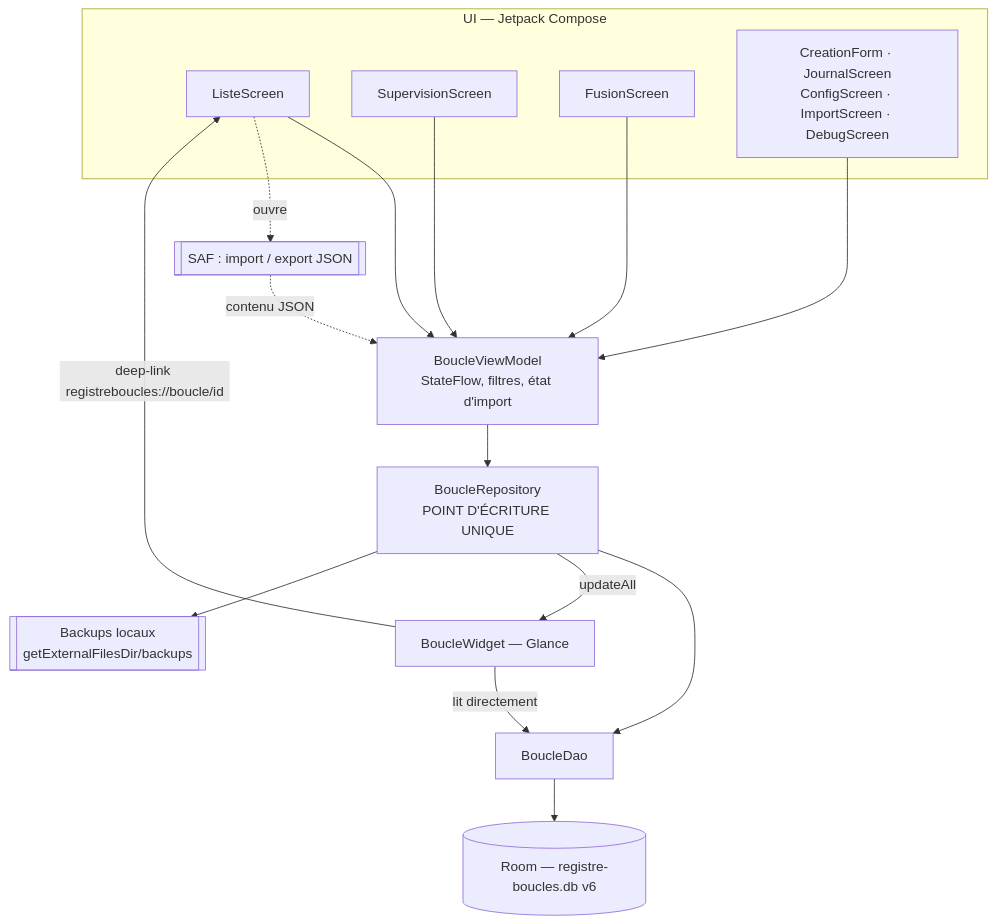
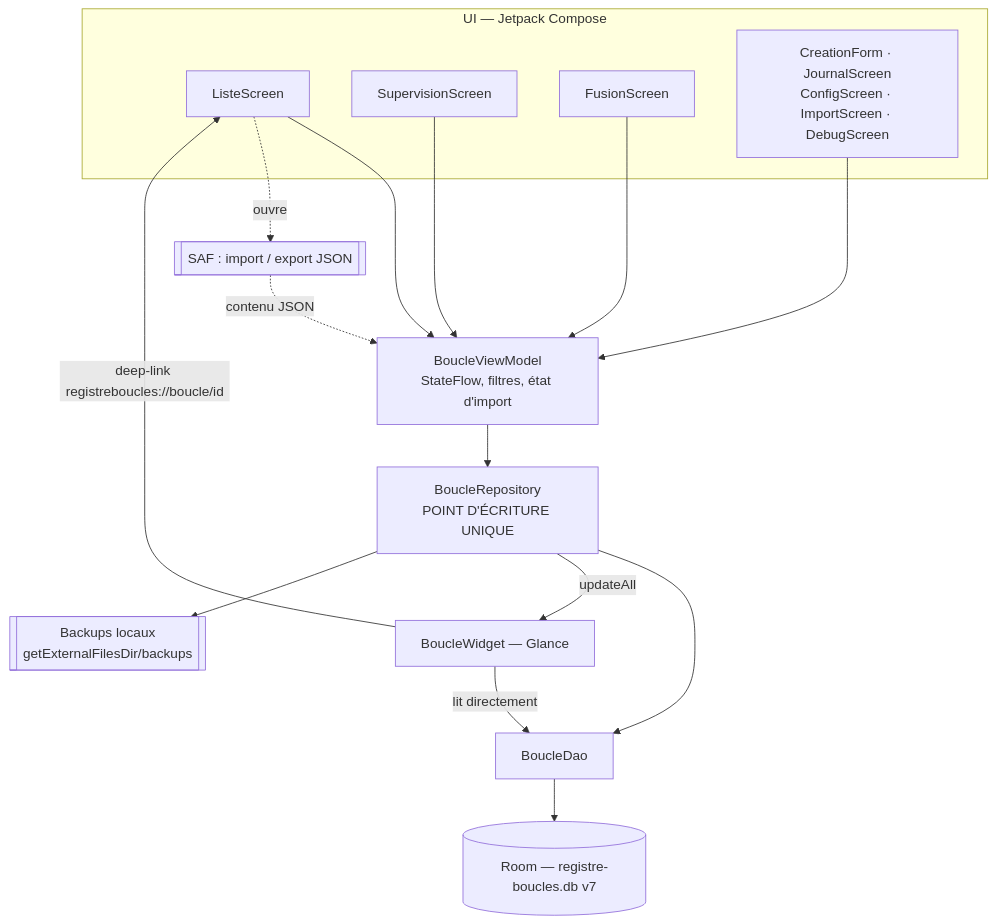
Before and after one commit to tikazor/registre-boucles-android: the diagram in docs/explanation/architecture.md, drawn with Mermaid. The commit also changed other lines of this file and 6 other files, not shown here.

````diff
--- a/docs/explanation/architecture.md
+++ b/docs/explanation/architecture.md
@@ -19,31 +19,31 @@
 ```mermaid
 flowchart TD
     subgraph UI["UI — Jetpack Compose"]
         L[ListeScreen]
         SUP[SupervisionScreen]
         FUS[FusionScreen]
         AUTRES["CreationForm · JournalScreen<br/>ConfigScreen · ImportScreen · DebugScreen"]
     end
 
     VM[BoucleViewModel<br/>StateFlow, filtres, état d'import]
     REPO[BoucleRepository<br/>POINT D'ÉCRITURE UNIQUE]
     DAO[BoucleDao]
-    DB[(Room — registre-boucles.db v6)]
+    DB[(Room — registre-boucles.db v7)]
 
     W[BoucleWidget — Glance]
     SAF[[SAF : import / export JSON]]
     BK[[Backups locaux<br/>getExternalFilesDir/backups]]
 
     L --> VM
     SUP --> VM
     FUS --> VM
     AUTRES --> VM
     VM --> REPO
     REPO --> DAO --> DB
     REPO -- updateAll --> W
     W -- lit directement --> DAO
     W -- deep-link registreboucles://boucle/id --> L
     REPO --> BK
     L -. ouvre .-> SAF
     SAF -. contenu JSON .-> VM
 ```
````
